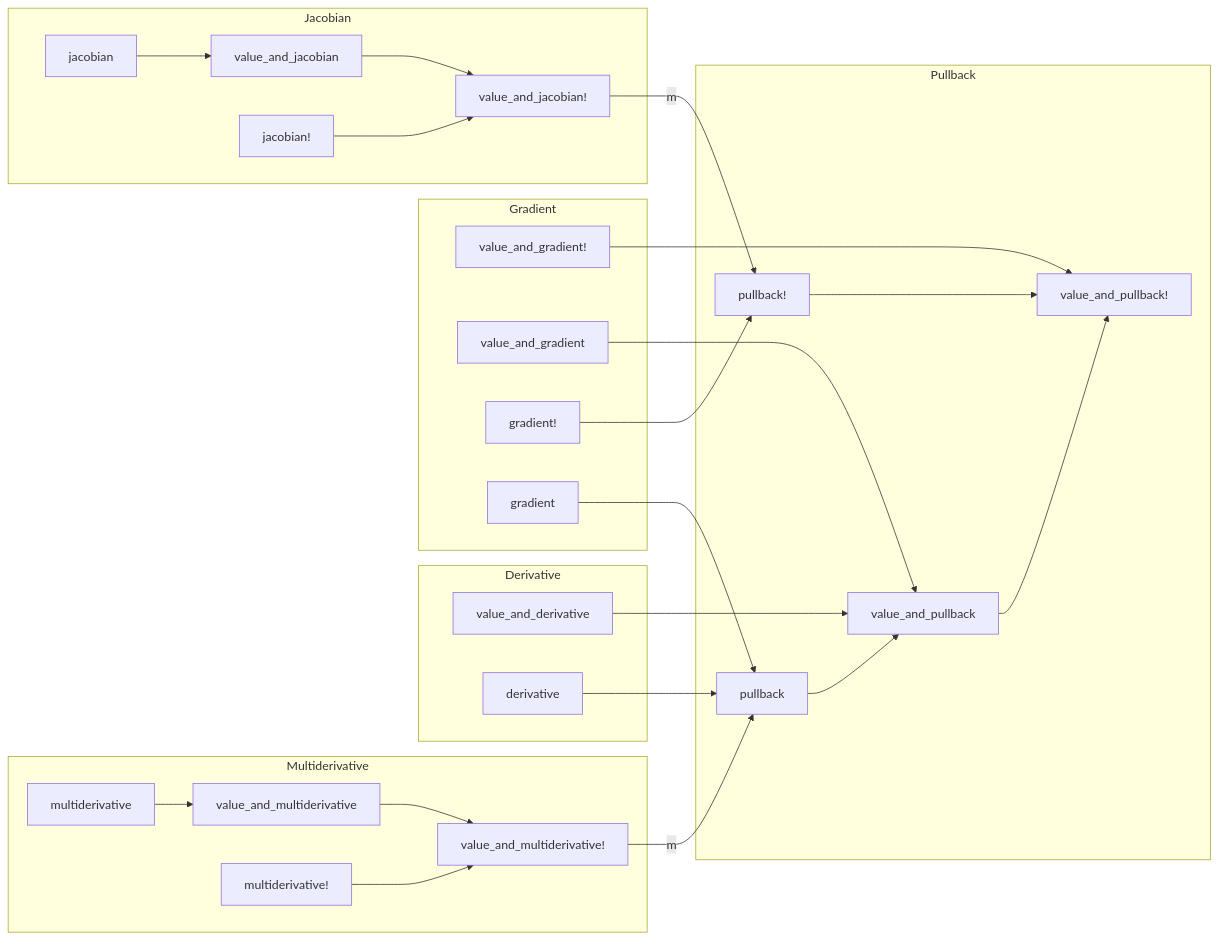
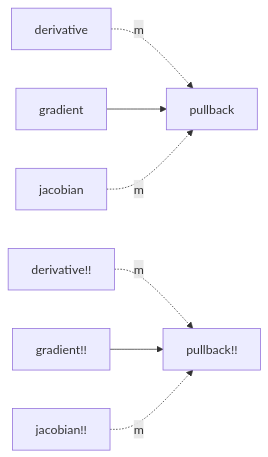
Before and after one commit to gdalle/DifferentiationInterface.jl: the second of 2 diagrams in docs/src/developer.md, drawn with Mermaid. The commit also changed other lines of this file and 75 other files, not shown here.

````diff
--- a/docs/src/developer.md
+++ b/docs/src/developer.md
@@ -94,44 +41,9 @@
 ```mermaid
 flowchart LR
-    subgraph Derivative
-        value_and_derivative
-        derivative
-    end
-
-    value_and_derivative --> value_and_pullback
-    derivative --> pullback
-    
-    subgraph Multiderivative
-        value_and_multiderivative --> value_and_multiderivative!
-        multiderivative! --> value_and_multiderivative!
-        multiderivative --> value_and_multiderivative
-    end
-
-    value_and_multiderivative! --> |m|pullback
-
-    subgraph Gradient
-        value_and_gradient!
-        value_and_gradient
-        gradient!
-        gradient 
-    end
-
-    value_and_gradient! --> value_and_pullback!
-    value_and_gradient --> value_and_pullback
-    gradient! --> pullback!
+    derivative .-> |m|pullback
+    derivative!! .-> |m|pullback!!
     gradient --> pullback
-
-    subgraph Jacobian
-        value_and_jacobian --> value_and_jacobian!
-        jacobian! --> value_and_jacobian!
-        jacobian --> value_and_jacobian
-    end
-
-    value_and_jacobian! --> |m|pullback!
-
-    subgraph Pullback
-        value_and_pullback --> value_and_pullback!
-        pullback! --> value_and_pullback!
-        pullback --> value_and_pullback
-    end
+    gradient!! --> pullback!!
+    jacobian .-> |m|pullback
+    jacobian!! .-> |m|pullback!!
 ```
````
